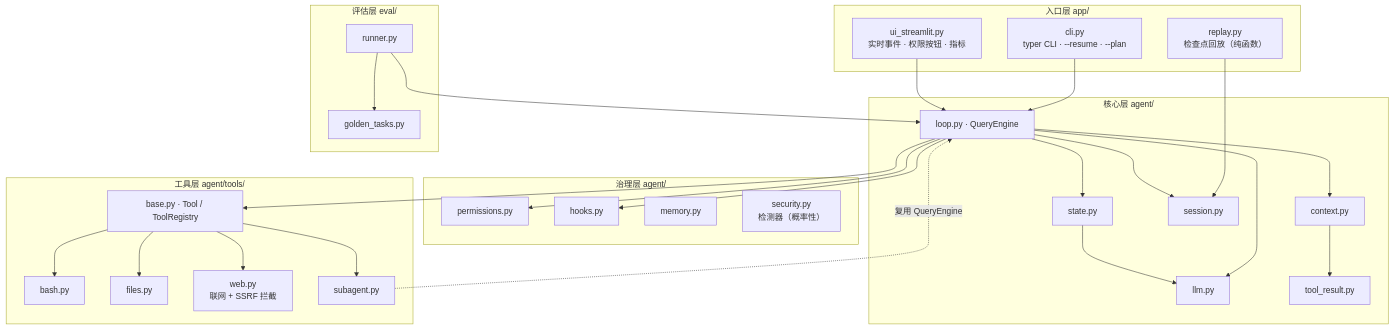
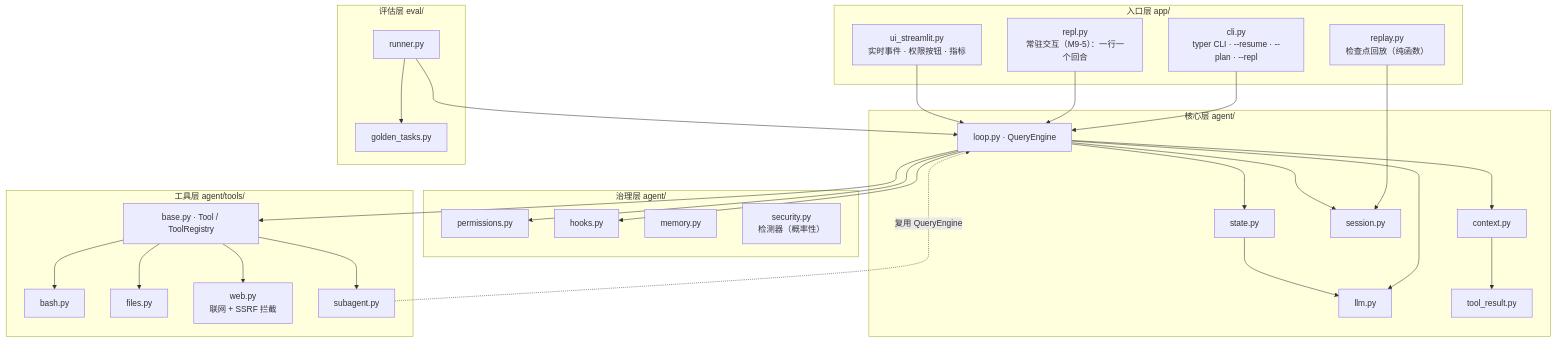
The first of 9 diagrams in docs/architecture.md (Goat-Donk/mini-coding), drawn with Mermaid before and after one commit. The commit also changed other lines of this file and 15 other files, not shown here.

````diff
--- a/docs/architecture.md
+++ b/docs/architecture.md
@@ -16,57 +16,59 @@
 ```mermaid
 flowchart TB
     subgraph ENTRY["入口层 app/"]
-        CLI["cli.py<br/>typer CLI · --resume · --plan"]
+        CLI["cli.py<br/>typer CLI · --resume · --plan · --repl"]
+        REPL["repl.py<br/>常驻交互（M9-5）：一行一个回合"]
         UI["ui_streamlit.py<br/>实时事件 · 权限按钮 · 指标"]
         RP["replay.py<br/>检查点回放（纯函数）"]
     end
 
     subgraph CORE["核心层 agent/"]
         LOOP["loop.py · QueryEngine"]
         LLM["llm.py"]
         STATE["state.py"]
         CTX["context.py"]
         TR["tool_result.py"]
         SESS["session.py"]
     end
 
     subgraph GOV["治理层 agent/"]
         PERM["permissions.py"]
         HOOK["hooks.py"]
         MEM["memory.py"]
         SEC["security.py<br/>检测器（概率性）"]
     end
 
     subgraph TOOLS["工具层 agent/tools/"]
         BASE["base.py · Tool / ToolRegistry"]
         BASH["bash.py"]
         FILES["files.py"]
         WEB["web.py<br/>联网 + SSRF 拦截"]
         SUB["subagent.py"]
     end
 
     subgraph EVAL["评估层 eval/"]
         GT["golden_tasks.py"]
         RUN["runner.py"]
     end
 
     CLI --> LOOP
+    REPL --> LOOP
     UI --> LOOP
     RP --> SESS
     LOOP --> LLM
     LOOP --> STATE
     LOOP --> CTX
     LOOP --> SESS
     LOOP --> PERM
     LOOP --> HOOK
     LOOP --> BASE
     CTX --> TR
     STATE --> LLM
     BASE --> BASH
     BASE --> FILES
     BASE --> WEB
     BASE --> SUB
     SUB -. 复用 QueryEngine .-> LOOP
     RUN --> GT
     RUN --> LOOP
 ```
````
